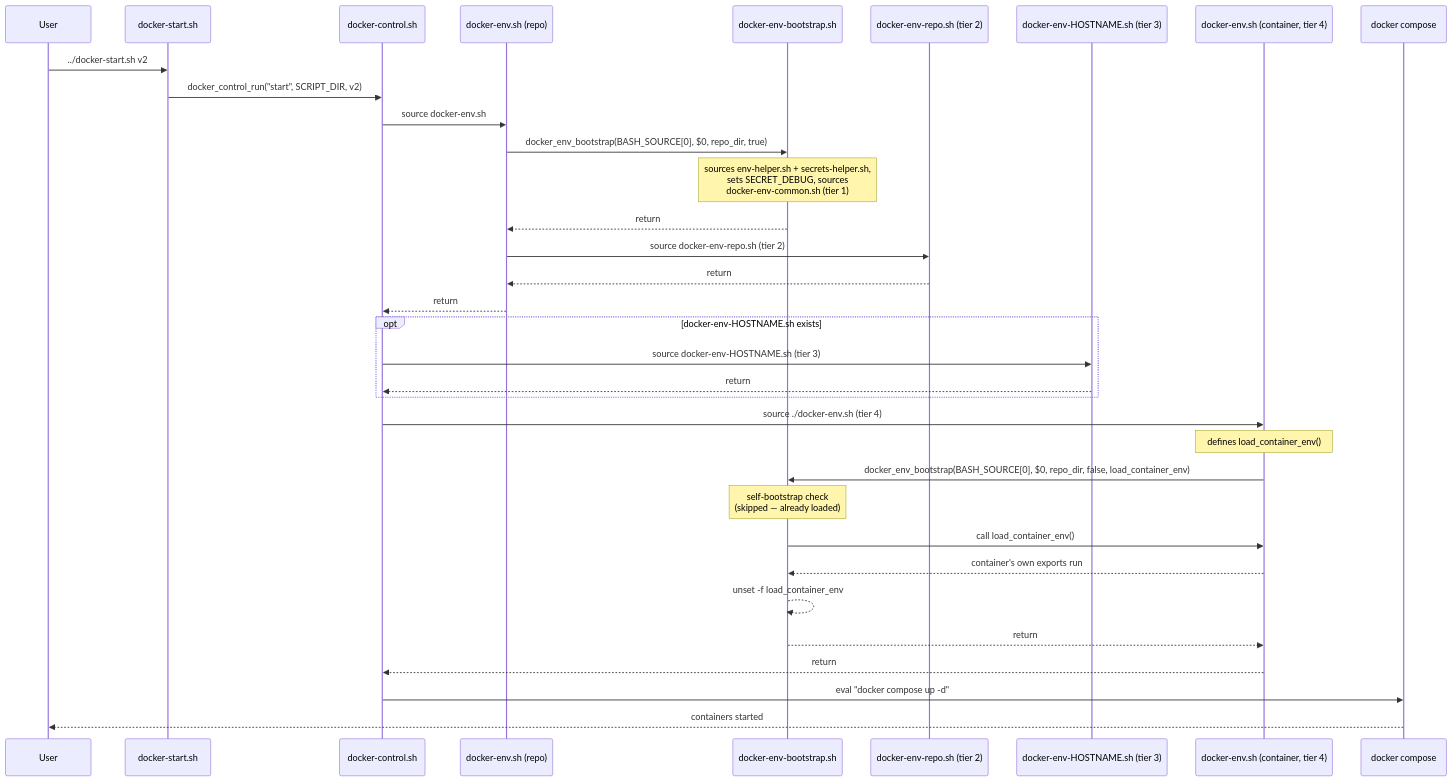
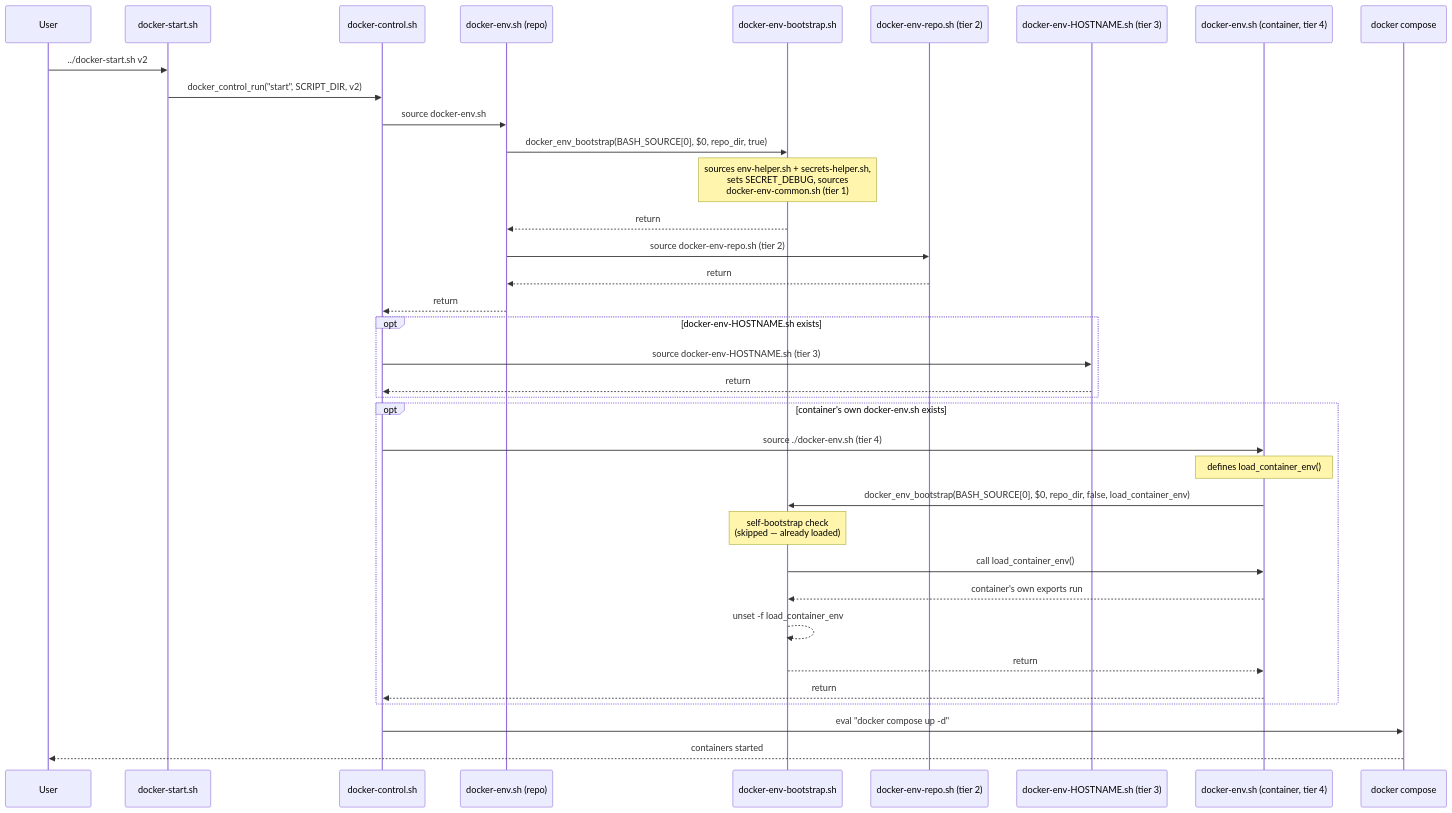
The diagram in README.md (gregrob/docker-homelab), drawn with Mermaid before and after one commit. The commit also changed other lines of this file, not shown here.

Commit message:
made clear tier 4 is optional

````diff
--- a/README.md
+++ b/README.md
@@ -87,37 +87,39 @@
 ```mermaid
 sequenceDiagram
     participant U as User
     participant Start as docker-start.sh
     participant Control as docker-control.sh
     participant RepoEnv as docker-env.sh (repo)
     participant Bootstrap as docker-env-bootstrap.sh
     participant RepoCommon as docker-env-repo.sh (tier 2)
     participant HostEnv as docker-env-HOSTNAME.sh (tier 3)
     participant ContainerEnv as docker-env.sh (container, tier 4)
     participant Compose as docker compose
 
     U->>Start: ../docker-start.sh v2
     Start->>Control: docker_control_run("start", SCRIPT_DIR, v2)
     Control->>RepoEnv: source docker-env.sh
     RepoEnv->>Bootstrap: docker_env_bootstrap(BASH_SOURCE[0], $0, repo_dir, true)
     Note over Bootstrap: sources env-helper.sh + secrets-helper.sh,<br/>sets SECRET_DEBUG, sources<br/>docker-env-common.sh (tier 1)
     Bootstrap-->>RepoEnv: return
     RepoEnv->>RepoCommon: source docker-env-repo.sh (tier 2)
     RepoCommon-->>RepoEnv: return
     RepoEnv-->>Control: return
     opt docker-env-HOSTNAME.sh exists
         Control->>HostEnv: source docker-env-HOSTNAME.sh (tier 3)
         HostEnv-->>Control: return
     end
-    Control->>ContainerEnv: source ./docker-env.sh (tier 4)
-    Note over ContainerEnv: defines load_container_env()
-    ContainerEnv->>Bootstrap: docker_env_bootstrap(BASH_SOURCE[0], $0, repo_dir, false, load_container_env)
-    Note over Bootstrap: self-bootstrap check<br/>(skipped — already loaded)
-    Bootstrap->>ContainerEnv: call load_container_env()
-    ContainerEnv-->>Bootstrap: container's own exports run
-    Bootstrap-->>Bootstrap: unset -f load_container_env
-    Bootstrap-->>ContainerEnv: return
-    ContainerEnv-->>Control: return
+    opt container's own docker-env.sh exists
+        Control->>ContainerEnv: source ./docker-env.sh (tier 4)
+        Note over ContainerEnv: defines load_container_env()
+        ContainerEnv->>Bootstrap: docker_env_bootstrap(BASH_SOURCE[0], $0, repo_dir, false, load_container_env)
+        Note over Bootstrap: self-bootstrap check<br/>(skipped — already loaded)
+        Bootstrap->>ContainerEnv: call load_container_env()
+        ContainerEnv-->>Bootstrap: container's own exports run
+        Bootstrap-->>Bootstrap: unset -f load_container_env
+        Bootstrap-->>ContainerEnv: return
+        ContainerEnv-->>Control: return
+    end
     Control->>Compose: eval "docker compose up -d"
     Compose-->>U: containers started
 ```
````
